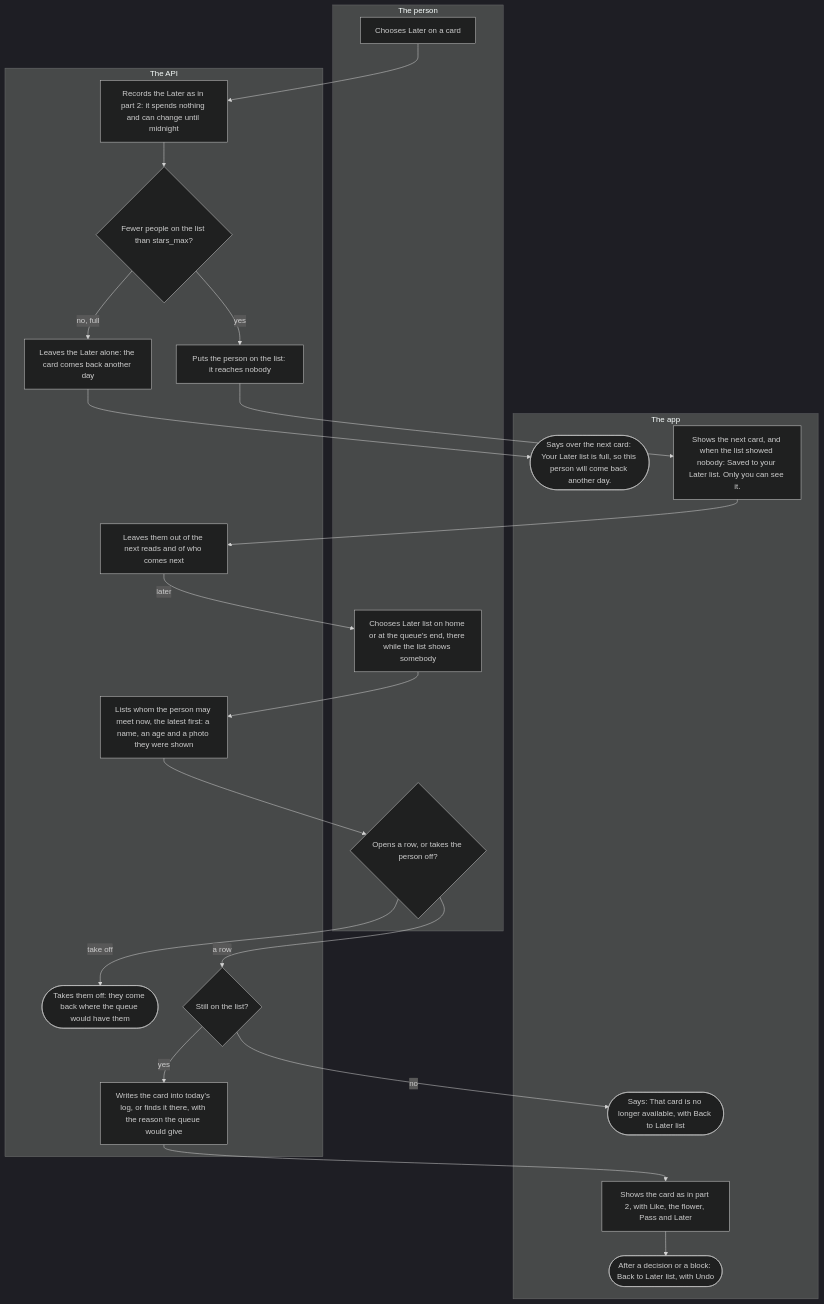
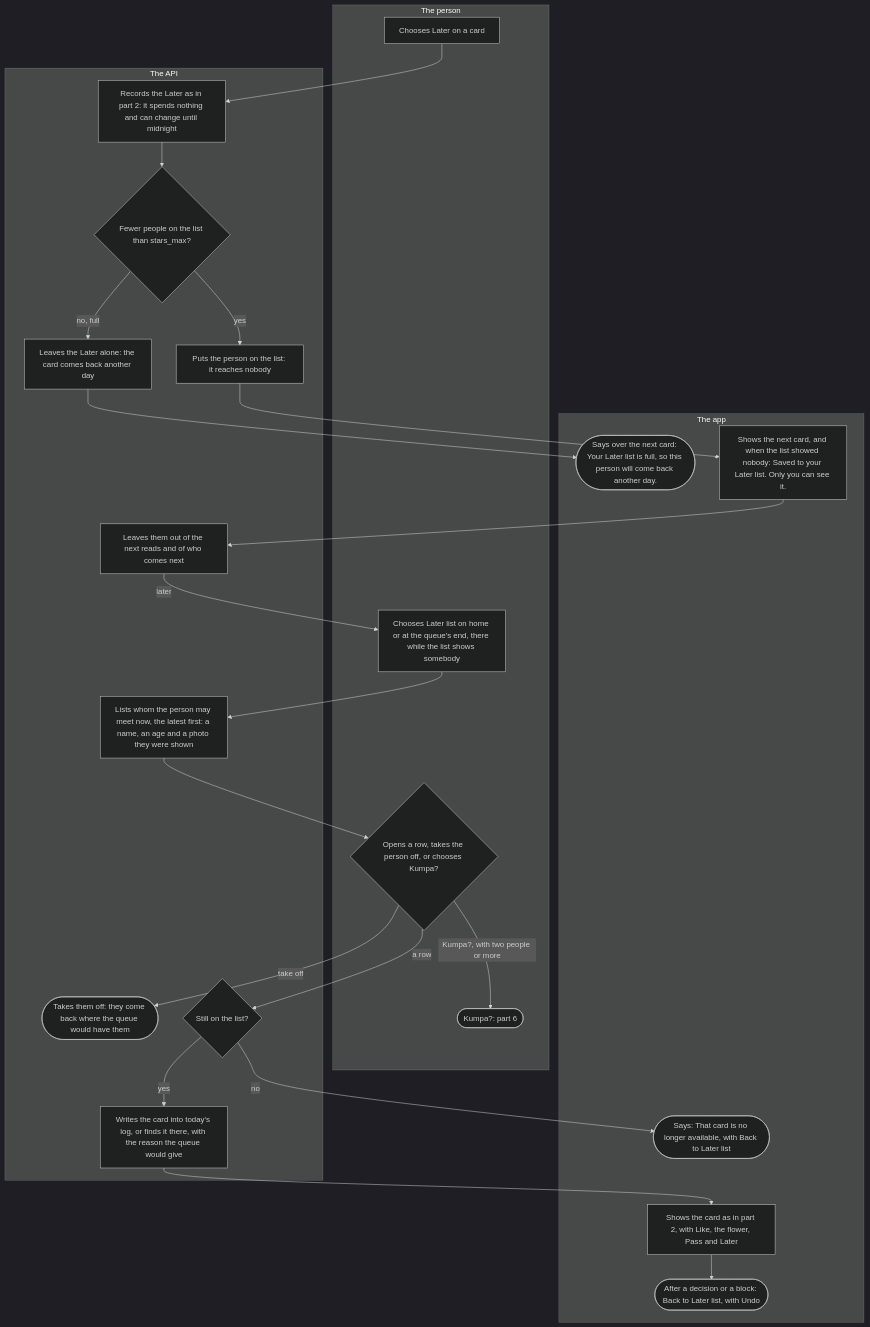
Before and after one commit to kuutti-ry/kumpa-app: the fourth of 6 diagrams in docs/flows/queue.md, drawn with Mermaid (dark theme). The commit also changed other lines of this file and 31 other files, not shown here.

First line of the commit message:
Put the Later list in one's own order, two at a time, with Kumpa (#765)

````diff
--- a/docs/flows/queue.md
+++ b/docs/flows/queue.md
@@ -216,44 +219,46 @@
 ```mermaid
 flowchart TB
   accTitle: The Later list
-  accDescr: Later puts the card's person on the person's Later list, to come back to without a like or a pass. It spends nothing and nobody is told. At the most the list may show, the card comes back another day instead. The list is reached from home and from the queue's end, and its rows open the card to decide, or take the person off.
+  accDescr: Later puts the card's person on the person's Later list, to come back to without a like or a pass. It spends nothing and nobody is told. At the most the list may show, the card comes back another day instead. The list is reached from home and from the queue's end, and its rows open the card to decide, or take the person off; while it shows two people or more, Kumpa? puts it in the person's own order, part 6.
   subgraph person["The person"]
     s40["Chooses Later on a card"]
     s48["Chooses Later list on home or at the queue's end, there while the list shows somebody"]
-    s50{"Opens a row, or takes the person off?"}
+    s50{"Opens a row, takes the person off, or chooses Kumpa?"}
+    s73(["Kumpa?: part 6"])
   end
   subgraph app["The app"]
     s44(["Says over the next card: Your Later list is full, so this person will come back another day."])
     s46["Shows the next card, and when the list showed nobody: Saved to your Later list. Only you can see it."]
     s53(["Says: That card is no longer available, with Back to Later list"])
     s55["Shows the card as in part 2, with Like, the flower, Pass and Later"]
     s56(["After a decision or a block: Back to Later list, with Undo"])
   end
   subgraph api["The API"]
     s41["Records the Later as in part 2: it spends nothing and can change until midnight"]
     s42{"Fewer people on the list than stars_max?"}
     s43["Leaves the Later alone: the card comes back another day"]
     s45["Puts the person on the list: it reaches nobody"]
     s47["Leaves them out of the next reads and of who comes next"]
     s49["Lists whom the person may meet now, the latest first: a name, an age and a photo they were shown"]
     s51(["Takes them off: they come back where the queue would have them"])
     s52{"Still on the list?"}
     s54["Writes the card into today's log, or finds it there, with the reason the queue would give"]
   end
   s40 --> s41
   s41 --> s42
   s42 -->|"no, full"| s43
   s43 --> s44
   s42 -->|"yes"| s45
   s45 --> s46
   s46 --> s47
   s47 -->|"later"| s48
   s48 --> s49
   s49 --> s50
   s50 -->|"take off"| s51
   s50 -->|"a row"| s52
+  s50 -->|"Kumpa?, with two people or more"| s73
   s52 -->|"no"| s53
   s52 -->|"yes"| s54
   s54 --> s55
   s55 --> s56
 ```
````
